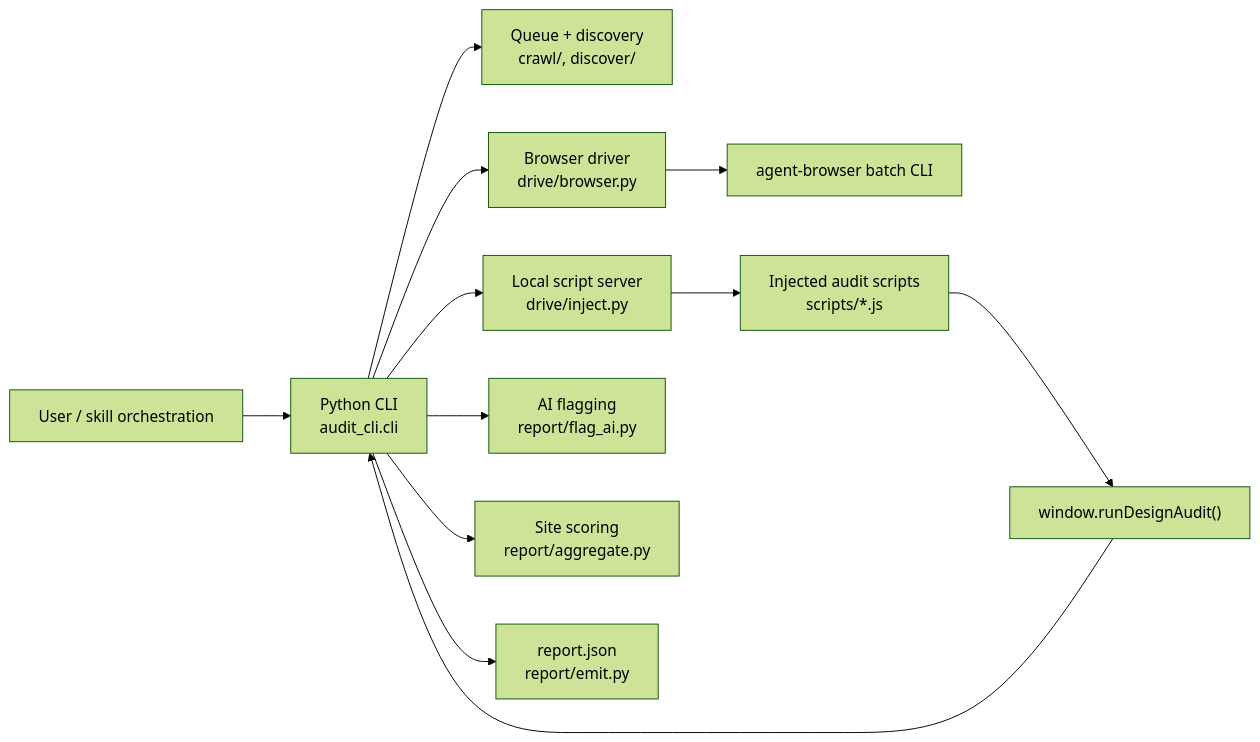
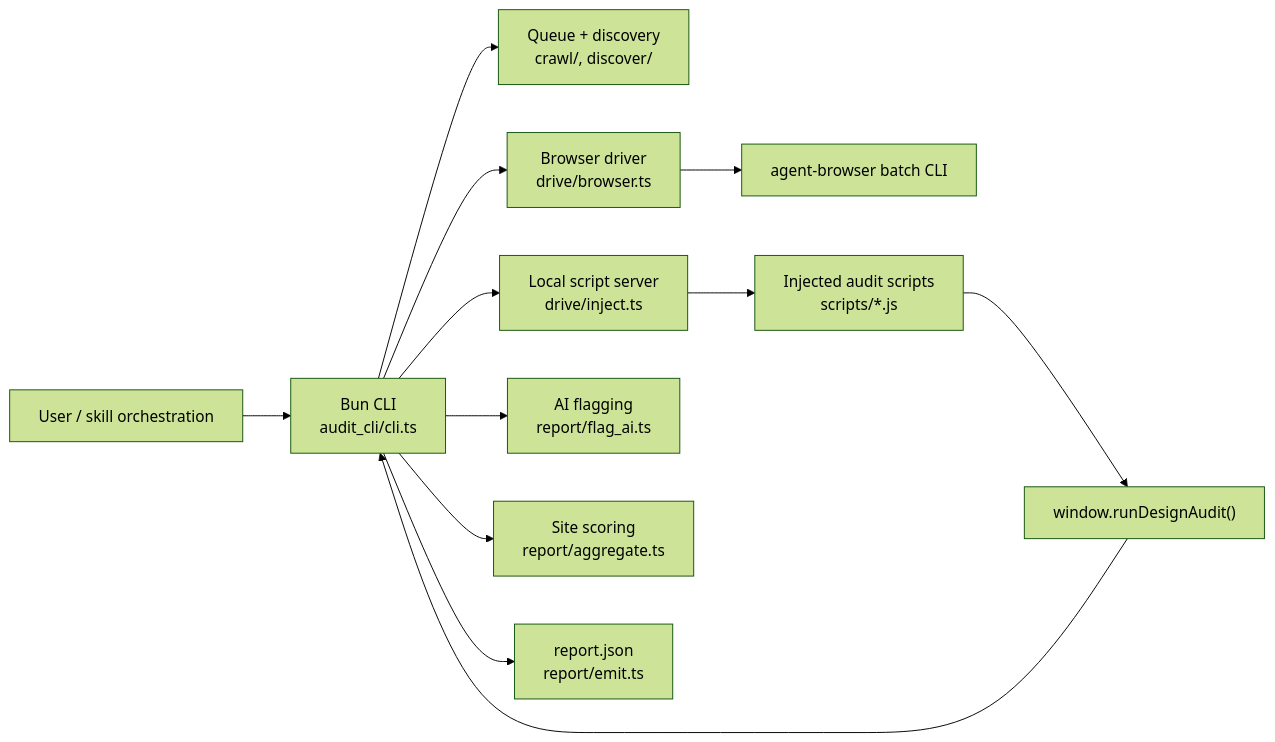
One commit to alvis/.agent changed the first of 3 diagrams in plugins/web/skills/audit/references/architecture.md. Above: the diagram before and after it, drawn with Mermaid (forest theme). The commit also changed other lines of this file and 66 other files, not shown here.

Commit message:
refactor(web): migrate audit CLI to TypeScript

````diff
--- a/plugins/web/skills/audit/references/architecture.md
+++ b/plugins/web/skills/audit/references/architecture.md
@@ -18,16 +18,16 @@
 ```mermaid
 flowchart LR
-    U["User / skill orchestration"] --> CLI["Python CLI<br/>audit_cli.cli"]
+    U["User / skill orchestration"] --> CLI["Bun CLI<br/>audit_cli/cli.ts"]
     CLI --> Q["Queue + discovery<br/>crawl/, discover/"]
-    CLI --> B["Browser driver<br/>drive/browser.py"]
-    CLI --> S["Local script server<br/>drive/inject.py"]
+    CLI --> B["Browser driver<br/>drive/browser.ts"]
+    CLI --> S["Local script server<br/>drive/inject.ts"]
 
     B --> AB["agent-browser batch CLI"]
     S --> JS["Injected audit scripts<br/>scripts/*.js"]
     JS --> AGG["window.runDesignAudit()"]
     AGG --> CLI
 
-    CLI --> FLAG["AI flagging<br/>report/flag_ai.py"]
-    CLI --> SCORE["Site scoring<br/>report/aggregate.py"]
-    CLI --> OUT["report.json<br/>report/emit.py"]
+    CLI --> FLAG["AI flagging<br/>report/flag_ai.ts"]
+    CLI --> SCORE["Site scoring<br/>report/aggregate.ts"]
+    CLI --> OUT["report.json<br/>report/emit.ts"]
 ```
````
